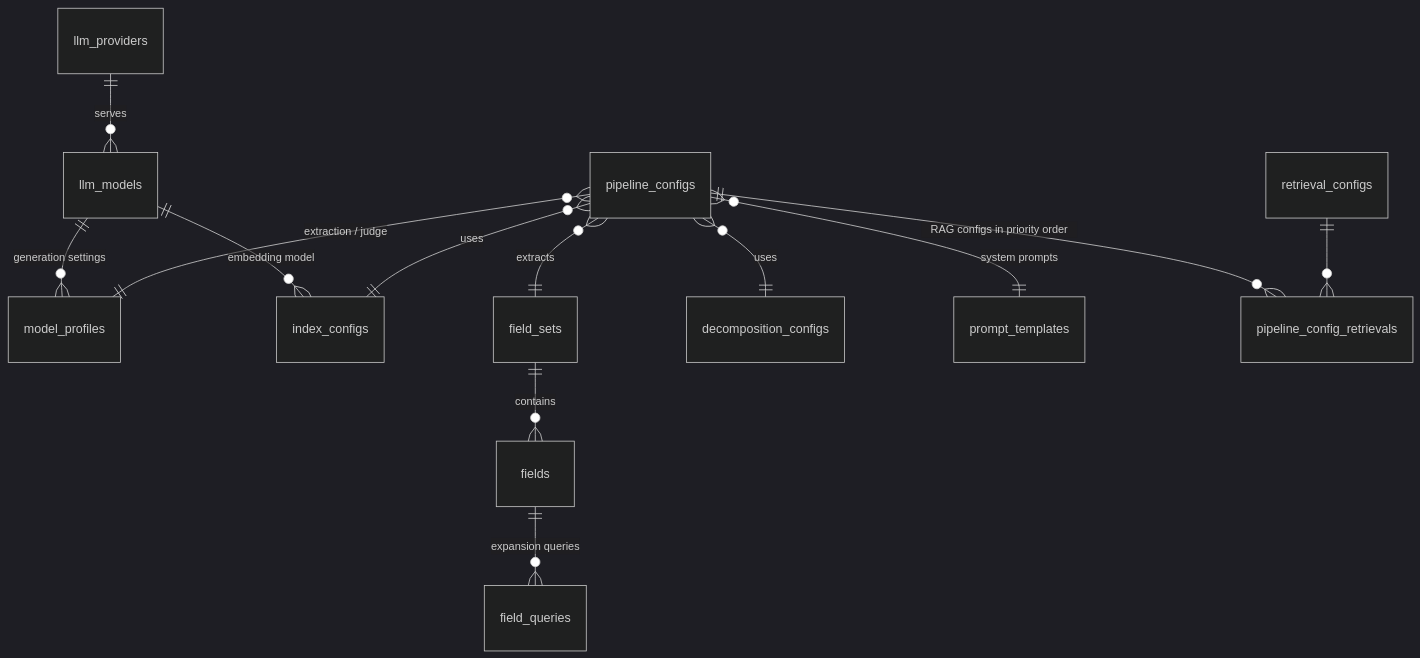
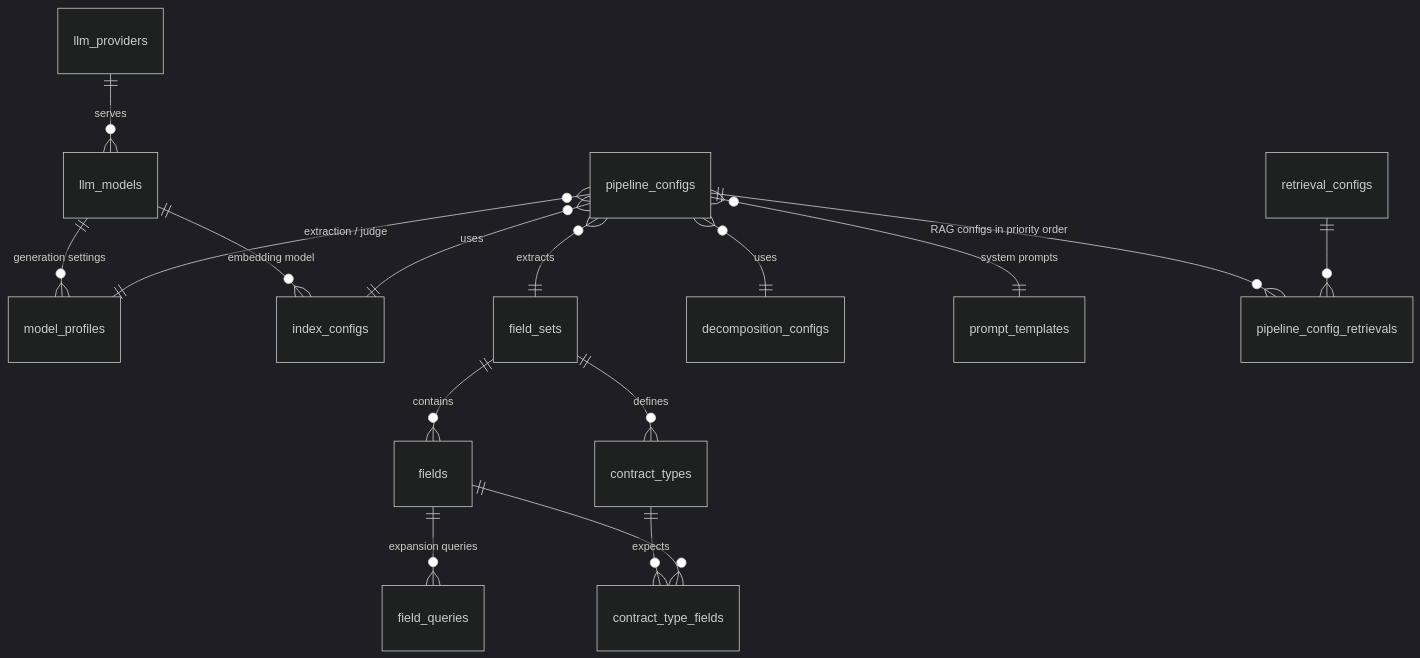
One commit to ramchandra-kc/ContractExtraction changed the third of 3 diagrams in docs/architecture.md. Above: the diagram before and after it, drawn with Mermaid (dark theme). The commit also changed other lines of this file and 35 other files, not shown here.

First line of the commit message:
Contract types 1: field catalogue from docs/contract_types_and_fields.md

````diff
--- a/docs/architecture.md
+++ b/docs/architecture.md
@@ -188,15 +198,18 @@
 ```mermaid
 erDiagram
     llm_providers ||--o{ llm_models : serves
     llm_models ||--o{ model_profiles : "generation settings"
     llm_models ||--o{ index_configs : "embedding model"
     field_sets ||--o{ fields : contains
     fields ||--o{ field_queries : "expansion queries"
+    field_sets ||--o{ contract_types : defines
+    contract_types ||--o{ contract_type_fields : expects
+    fields ||--o{ contract_type_fields : ""
     pipeline_configs }o--|| decomposition_configs : uses
     pipeline_configs }o--|| index_configs : uses
     pipeline_configs }o--|| field_sets : extracts
     pipeline_configs }o--|| model_profiles : "extraction / judge"
     pipeline_configs }o--|| prompt_templates : "system prompts"
     pipeline_configs ||--o{ pipeline_config_retrievals : "RAG configs in priority order"
     retrieval_configs ||--o{ pipeline_config_retrievals : ""
 ```
````
